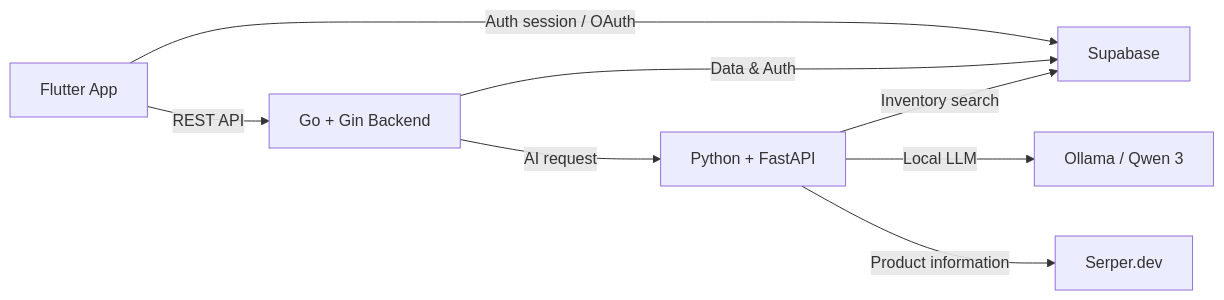
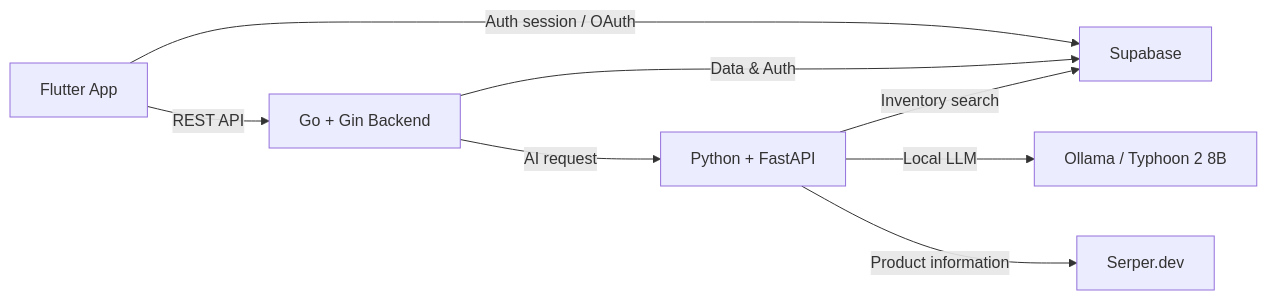
The diagram in README.md (chn-benmat/yuemnoi_app), drawn with Mermaid before and after one commit. The commit also changed other lines of this file and 15 other files, not shown here.

````diff
--- a/README.md
+++ b/README.md
@@ -9,10 +9,10 @@
 ```mermaid
 flowchart LR
     App["Flutter App"] -->|REST API| API["Go + Gin Backend"]
     App -->|Auth session / OAuth| Supabase["Supabase"]
     API -->|Data & Auth| Supabase
     API -->|AI request| AI["Python + FastAPI"]
     AI -->|Inventory search| Supabase
-    AI -->|Local LLM| Ollama["Ollama / Qwen 3"]
+    AI -->|Local LLM| Ollama["Ollama / Typhoon 2 8B"]
     AI -->|Product information| Serper["Serper.dev"]
 ```
````
